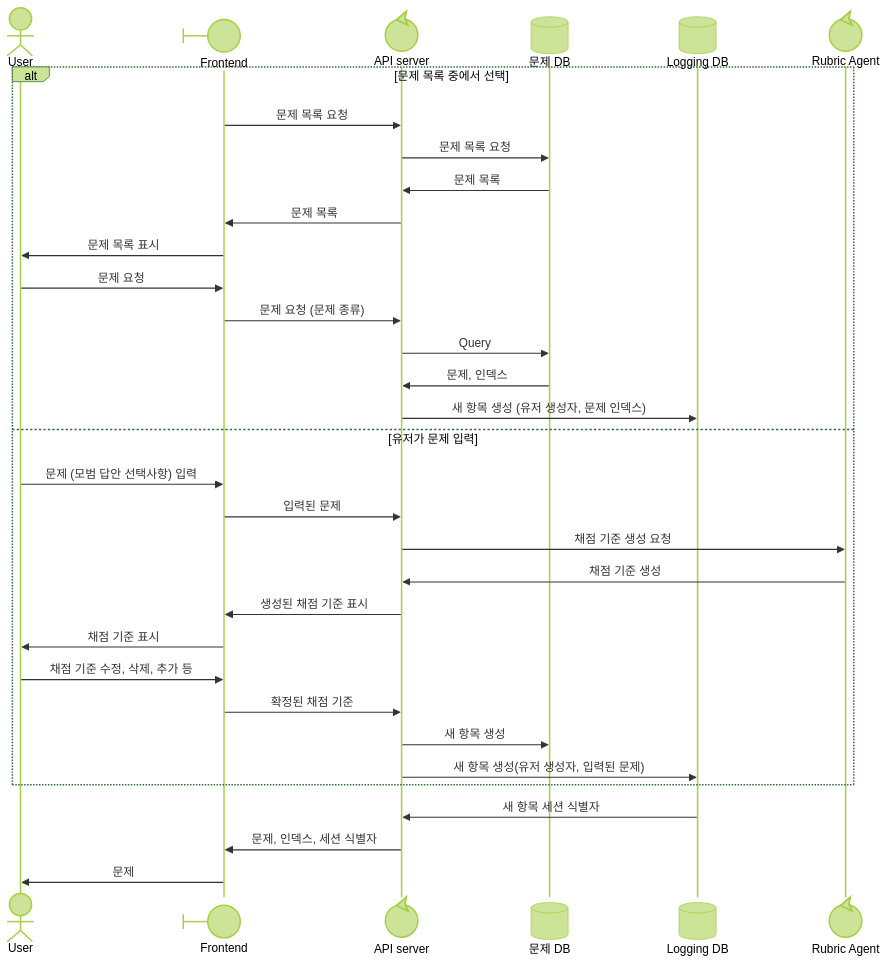
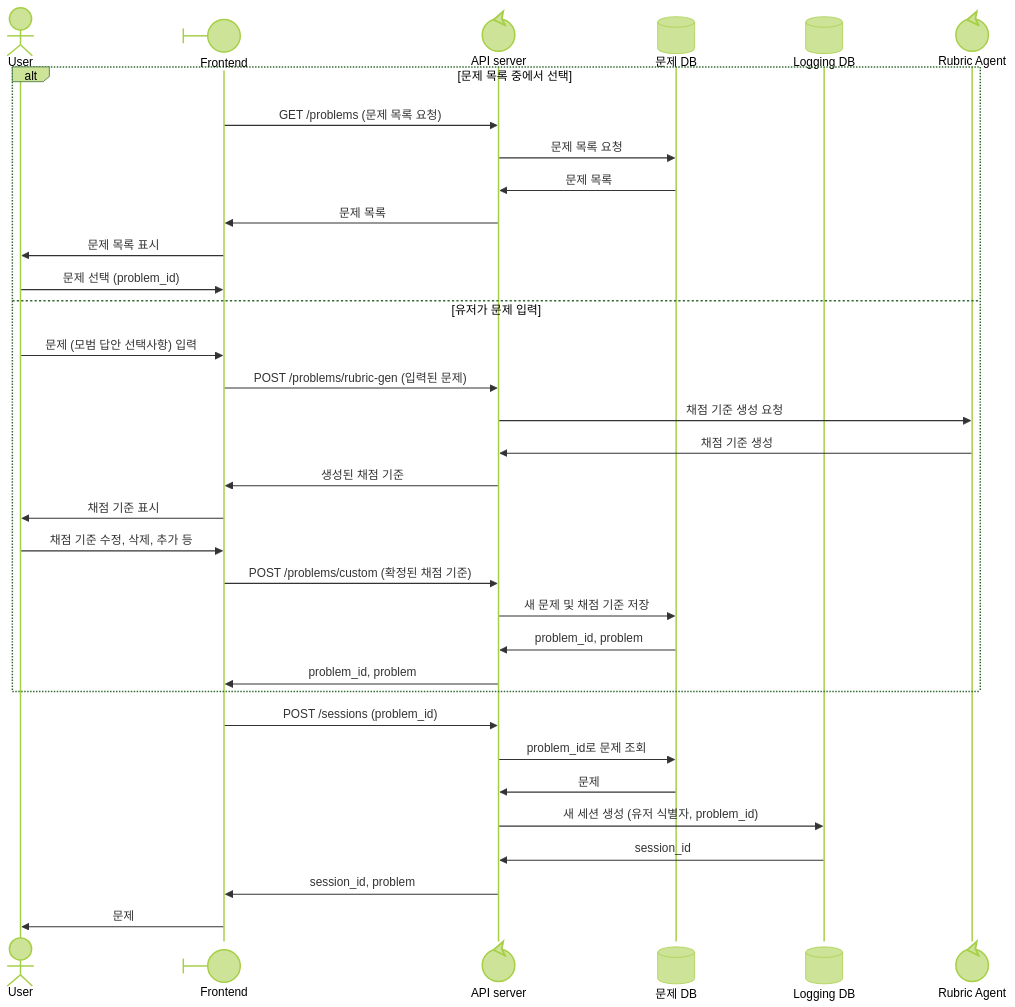
The second of 6 diagrams in 설계문서/시퀀스 다이어그램.md (bookyoulove/paragraphy), drawn with Mermaid (forest theme) before and after one commit. The commit also changed other lines of this file and 44 other files, not shown here.

````diff
--- a/설계문서/시퀀스 다이어그램.md
+++ b/설계문서/시퀀스 다이어그램.md
@@ -24,35 +24,36 @@
 ```mermaid
 sequenceDiagram
     actor User
     participant Frontend@{ "type" : "boundary" }
     participant API@{ "type" : "control" , alias: "API server"}
     participant problem@{ "type" : "database" , alias: "문제 DB"}
     participant log@{ "type" : "database" , alias: "Logging DB"}
     participant rubric@{ "type" : "control", alias: "Rubric Agent" }
     alt 문제 목록 중에서 선택
-    Frontend->>API:문제 목록 요청
-    API->>problem:문제 목록 요청
+    Frontend->>API: GET /problems (문제 목록 요청)
+    API->>problem: 문제 목록 요청
     problem->>API: 문제 목록
     API->>Frontend: 문제 목록
-    Frontend->>User:문제 목록 표시
-    User->>Frontend:문제 요청
-    Frontend->>API:문제 요청 (문제 종류)
-    API->>problem: Query
-    problem->>API: 문제, 인덱스
-    API->>log: 새 항목 생성 (유저 생성자, 문제 인덱스)
+    Frontend->>User: 문제 목록 표시
+    User->>Frontend: 문제 선택 (problem_id)
     else 유저가 문제 입력
     User->>Frontend: 문제 (모범 답안 선택사항) 입력
-    Frontend->>API: 입력된 문제
+    Frontend->>API: POST /problems/rubric-gen (입력된 문제)
     API->>rubric: 채점 기준 생성 요청
     rubric->>API: 채점 기준 생성
-    API->>Frontend: 생성된 채점 기준 표시
+    API->>Frontend: 생성된 채점 기준
     Frontend->>User: 채점 기준 표시
     User->>Frontend: 채점 기준 수정, 삭제, 추가 등
-    Frontend->>API: 확정된 채점 기준
-    API->>problem: 새 항목 생성
-    API->>log: 새 항목 생성(유저 생성자, 입력된 문제)
+    Frontend->>API: POST /problems/custom (확정된 채점 기준)
+    API->>problem: 새 문제 및 채점 기준 저장
+    problem->>API: problem_id, problem
+    API->>Frontend: problem_id, problem
     end
-    log->>API: 새 항목 세션 식별자
-    API->>Frontend: 문제, 인덱스, 세션 식별자
+    Frontend->>API: POST /sessions (problem_id)
+    API->>problem: problem_id로 문제 조회
+    problem->>API: 문제
+    API->>log: 새 세션 생성 (유저 식별자, problem_id)
+    log->>API: session_id
+    API->>Frontend: session_id, problem
     Frontend->>User: 문제
 ```
````
